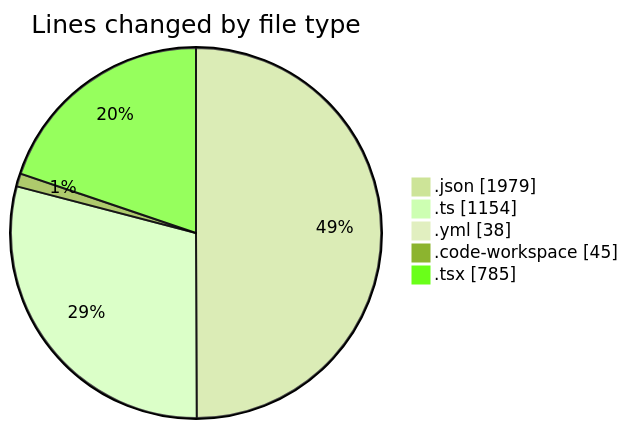
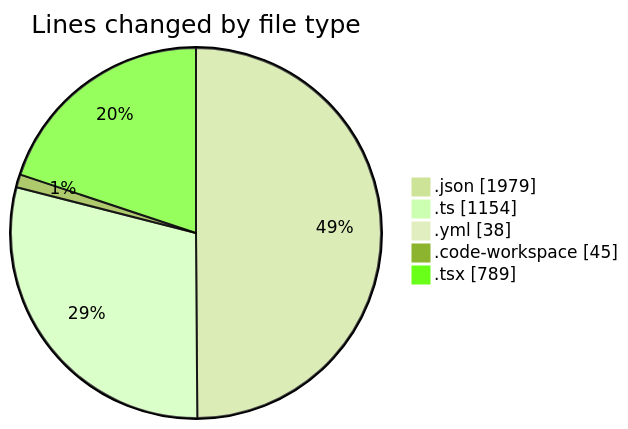
One commit to julien-gomy/code-tracking changed the first of 2 diagrams in 2025-11-25/eventscop-frontend-guide__workspace_/README.md. Above: the diagram before and after it, drawn with Mermaid (forest theme). The commit also changed other lines of this file and 1 other file, not shown here.

````diff
--- a/2025-11-25/eventscop-frontend-guide__workspace_/README.md
+++ b/2025-11-25/eventscop-frontend-guide__workspace_/README.md
@@ -32,9 +32,9 @@
 ```mermaid
 pie showData
 title Lines changed by file type
 ".json" : 1979
 ".ts" : 1154
 ".yml" : 38
 ".code-workspace" : 45
-".tsx" : 785
+".tsx" : 789
 ```
````
